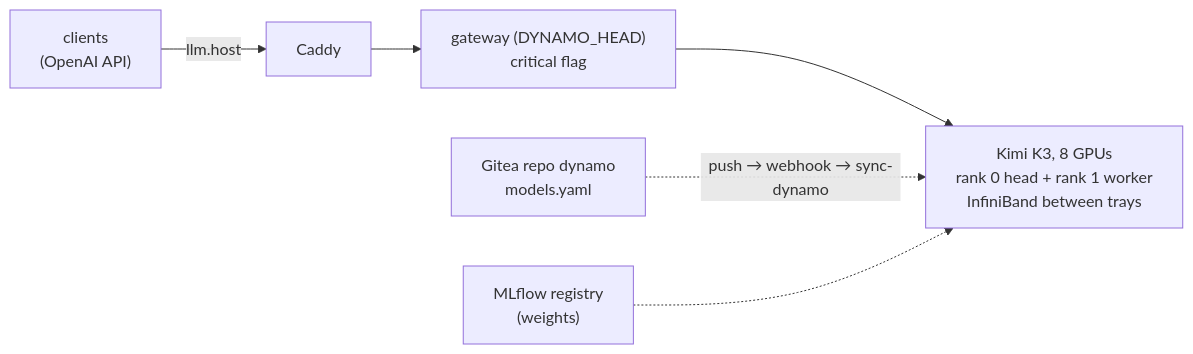
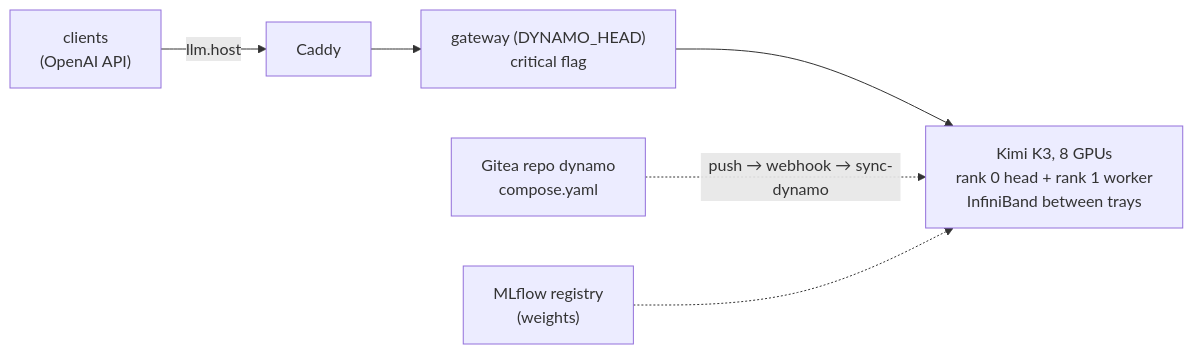
Before and after one commit to cnboonhan/data-flywheel: the diagram in services/dynamo/README.md, drawn with Mermaid. The commit also changed other lines of this file and 25 other files, not shown here.

First line of the commit message:
Specs in standard formats: Dynamo's a restricted Docker Compose file, Triton's a Triton model repository

````diff
--- a/services/dynamo/README.md
+++ b/services/dynamo/README.md
@@ -5,7 +5,7 @@
 ```mermaid
 flowchart LR
   C["clients<br/>(OpenAI API)"] -->|llm.host| Caddy --> G["gateway (DYNAMO_HEAD)<br/>critical flag"]
   G --> T["Kimi K3, 8 GPUs<br/>rank 0 head + rank 1 worker<br/>InfiniBand between trays"]
-  M["Gitea repo dynamo<br/>models.yaml"] -.->|push → webhook → sync-dynamo| T
+  M["Gitea repo dynamo<br/>compose.yaml"] -.->|push → webhook → sync-dynamo| T
   R["MLflow registry<br/>(weights)"] -.-> T
 ```
````
